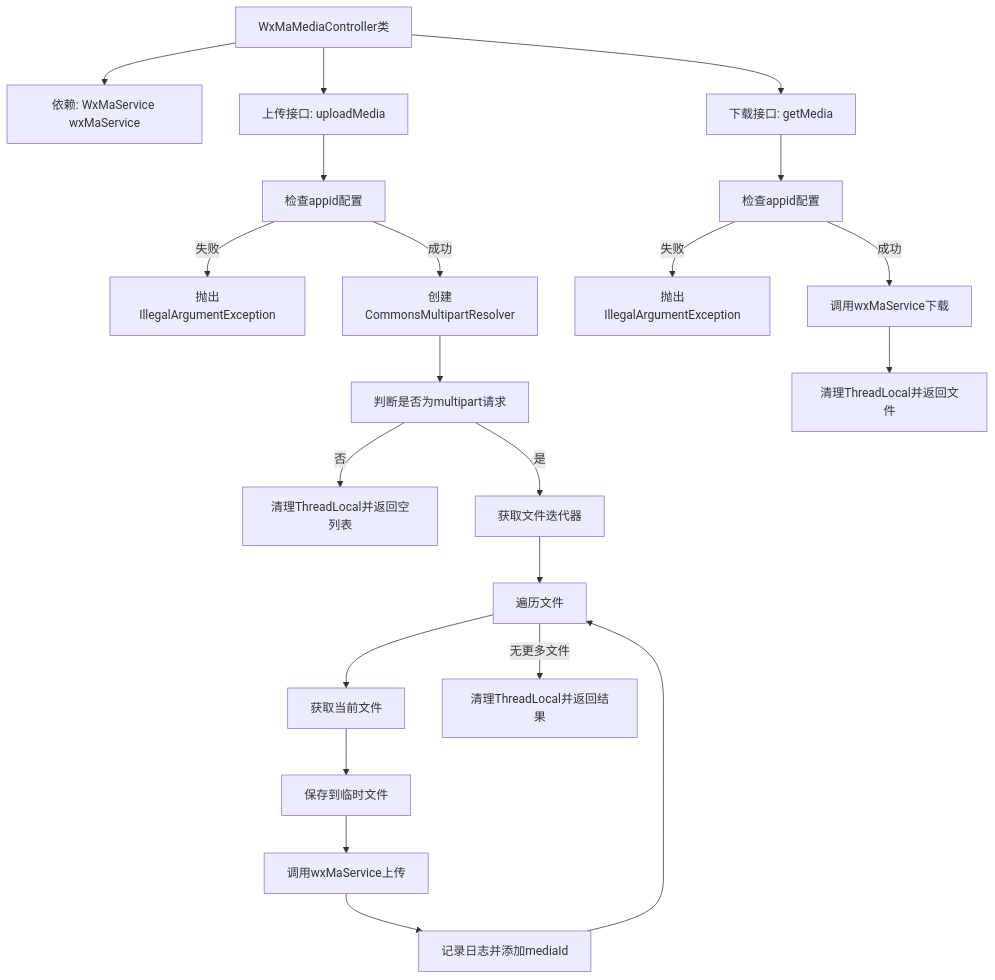
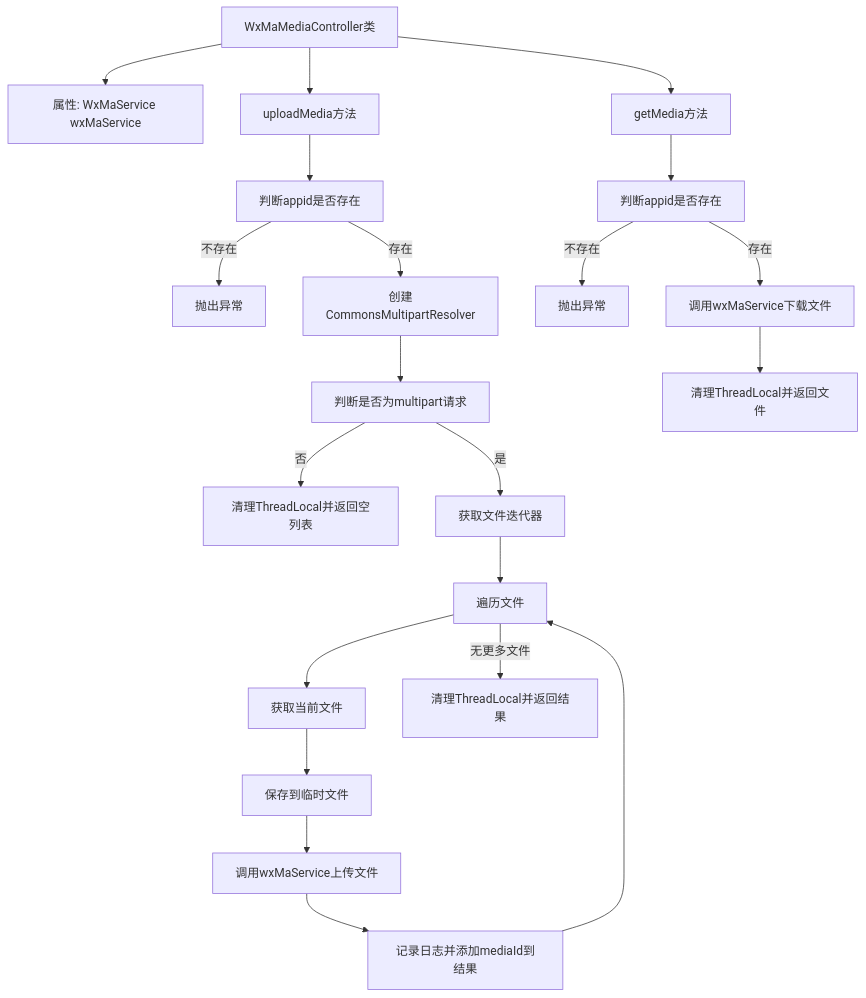
One commit to v-wjrong/binary_weixin-java-miniapp-demo changed the second of 2 diagrams in docs/zh/docs/src/main/java/com/github/binarywang/demo/wx/miniapp/controller/WxMaMediaController.md. Above: the diagram before and after it, drawn with Mermaid. The commit also changed other lines of this file and 47 other files, not shown here.

````diff
--- a/docs/zh/docs/src/main/java/com/github/binarywang/demo/wx/miniapp/controller/WxMaMediaController.md
+++ b/docs/zh/docs/src/main/java/com/github/binarywang/demo/wx/miniapp/controller/WxMaMediaController.md
@@ -124,30 +129,30 @@
 ```mermaid
 graph TD
     A["WxMaMediaController类"]
-    B["依赖: WxMaService wxMaService"]
-    C["上传接口: uploadMedia"]
-    D["下载接口: getMedia"]
-    
+    B["属性: WxMaService wxMaService"]
+    C["uploadMedia方法"]
+    D["getMedia方法"]
+
     A --> B
     A --> C
     A --> D
-    
-    C --> C1["检查appid配置"]
-    C1 --"失败"--> C1_1["抛出IllegalArgumentException"]
-    C1 --"成功"--> C2["创建CommonsMultipartResolver"]
+
+    C --> C1["判断appid是否存在"]
+    C1 --"不存在"--> C1_1["抛出异常"]
+    C1 --"存在"--> C2["创建CommonsMultipartResolver"]
     C2 --> C3["判断是否为multipart请求"]
     C3 --"否"--> C3_1["清理ThreadLocal并返回空列表"]
     C3 --"是"--> C4["获取文件迭代器"]
     C4 --> C5["遍历文件"]
     C5 --> C6["获取当前文件"]
     C6 --> C7["保存到临时文件"]
-    C7 --> C8["调用wxMaService上传"]
-    C8 --> C9["记录日志并添加mediaId"]
+    C7 --> C8["调用wxMaService上传文件"]
+    C8 --> C9["记录日志并添加mediaId到结果"]
     C9 --> C5
     C5 --"无更多文件"--> C10["清理ThreadLocal并返回结果"]
 
-    D --> D1["检查appid配置"]
-    D1 --"失败"--> D1_1["抛出IllegalArgumentException"]
-    D1 --"成功"--> D2["调用wxMaService下载"]
+    D --> D1["判断appid是否存在"]
+    D1 --"不存在"--> D1_1["抛出异常"]
+    D1 --"存在"--> D2["调用wxMaService下载文件"]
     D2 --> D3["清理ThreadLocal并返回文件"]
 ```
````
